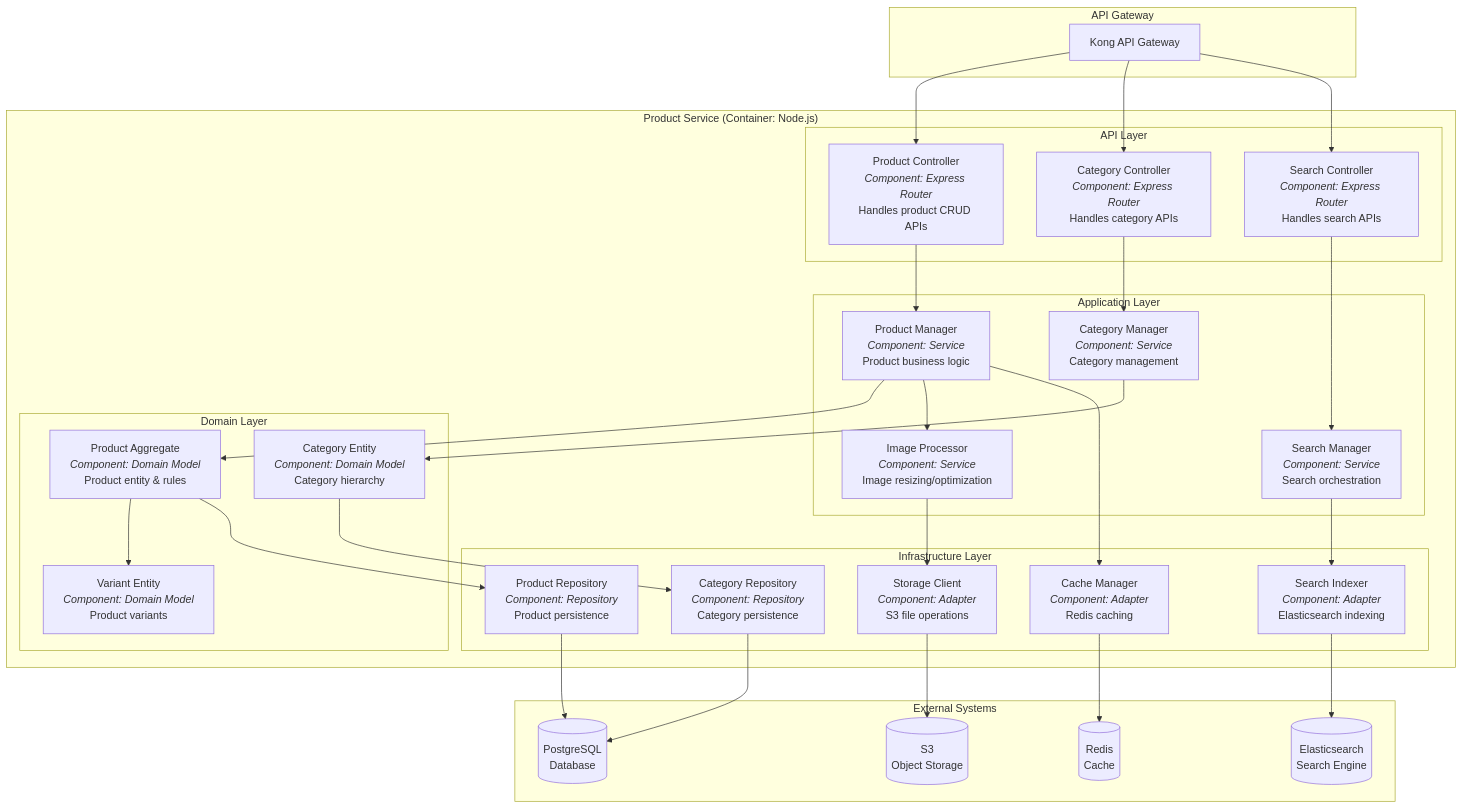
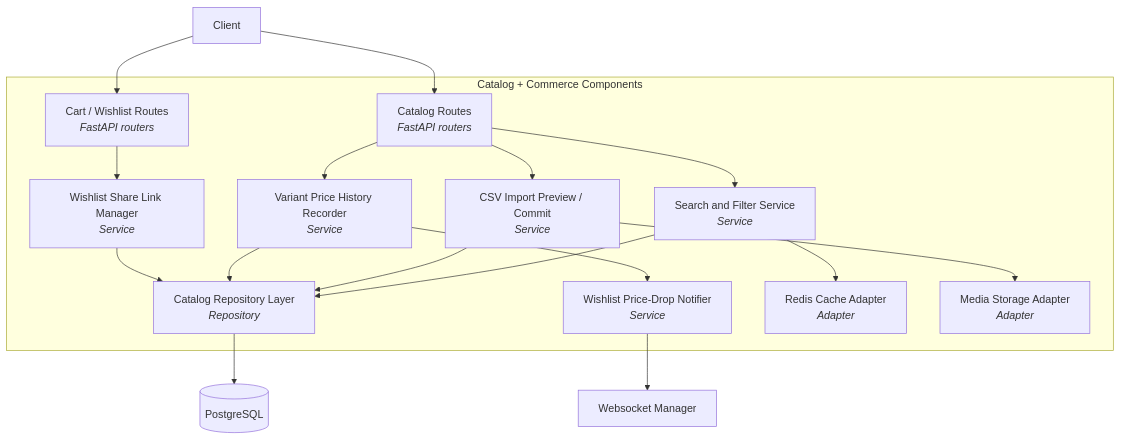
Before and after one commit to 0Ankit0/e-commerce: the first of 3 diagrams in docs/system-design/detailed-design/c4-component-diagram.md, drawn with Mermaid. The commit also changed other lines of this file and 24 other files, not shown here.

````diff
--- a/docs/system-design/detailed-design/c4-component-diagram.md
+++ b/docs/system-design/detailed-design/c4-component-diagram.md
@@ -10,67 +10,36 @@
 ```mermaid
 graph TB
-    subgraph "API Gateway"
-        Gateway[Kong API Gateway]
+    Client[Client]
+
+    subgraph boundary["Catalog + Commerce Components"]
+        CatalogRoutes["Catalog Routes<br><i>FastAPI routers</i>"]
+        CommerceRoutes["Cart / Wishlist Routes<br><i>FastAPI routers</i>"]
+        SearchService["Search and Filter Service<br><i>Service</i>"]
+        ImportService["CSV Import Preview / Commit<br><i>Service</i>"]
+        PriceHistory["Variant Price History Recorder<br><i>Service</i>"]
+        WishlistShare["Wishlist Share Link Manager<br><i>Service</i>"]
+        PriceDropNotifier["Wishlist Price-Drop Notifier<br><i>Service</i>"]
+        CatalogRepo["Catalog Repository Layer<br><i>Repository</i>"]
+        Cache["Redis Cache Adapter<br><i>Adapter</i>"]
+        Storage["Media Storage Adapter<br><i>Adapter</i>"]
     end
 
-    subgraph boundary["Product Service (Container: Node.js)"]
-        subgraph "API Layer"
-            ProductController["Product Controller<br><i>Component: Express Router</i><br>Handles product CRUD APIs"]
-            CategoryController["Category Controller<br><i>Component: Express Router</i><br>Handles category APIs"]
-            SearchController["Search Controller<br><i>Component: Express Router</i><br>Handles search APIs"]
-        end
+    DB[(PostgreSQL)]
+    WS[Websocket Manager]
 
-        subgraph "Application Layer"
-            ProductManager["Product Manager<br><i>Component: Service</i><br>Product business logic"]
-            CategoryManager["Category Manager<br><i>Component: Service</i><br>Category management"]
-            SearchManager["Search Manager<br><i>Component: Service</i><br>Search orchestration"]
-            ImageProcessor["Image Processor<br><i>Component: Service</i><br>Image resizing/optimization"]
-        end
-
-        subgraph "Domain Layer"
-            ProductAggregate["Product Aggregate<br><i>Component: Domain Model</i><br>Product entity & rules"]
-            VariantEntity["Variant Entity<br><i>Component: Domain Model</i><br>Product variants"]
-            CategoryEntity["Category Entity<br><i>Component: Domain Model</i><br>Category hierarchy"]
-        end
-
-        subgraph "Infrastructure Layer"
-            ProductRepository["Product Repository<br><i>Component: Repository</i><br>Product persistence"]
-            CategoryRepository["Category Repository<br><i>Component: Repository</i><br>Category persistence"]
-            SearchIndexer["Search Indexer<br><i>Component: Adapter</i><br>Elasticsearch indexing"]
-            StorageClient["Storage Client<br><i>Component: Adapter</i><br>S3 file operations"]
-            CacheManager["Cache Manager<br><i>Component: Adapter</i><br>Redis caching"]
-        end
-    end
-
-    subgraph "External Systems"
-        PostgreSQL[(PostgreSQL<br>Database)]
-        Elasticsearch[(Elasticsearch<br>Search Engine)]
-        Redis[(Redis<br>Cache)]
-        S3[(S3<br>Object Storage)]
-    end
-
-    Gateway --> ProductController
-    Gateway --> CategoryController
-    Gateway --> SearchController
-
-    ProductController --> ProductManager
-    CategoryController --> CategoryManager
-    SearchController --> SearchManager
-
-    ProductManager --> ProductAggregate
-    ProductManager --> ImageProcessor
-    ProductAggregate --> VariantEntity
-    CategoryManager --> CategoryEntity
-
-    ProductAggregate --> ProductRepository
-    CategoryEntity --> CategoryRepository
-    SearchManager --> SearchIndexer
-    ImageProcessor --> StorageClient
-    ProductManager --> CacheManager
-
-    ProductRepository --> PostgreSQL
-    CategoryRepository --> PostgreSQL
-    SearchIndexer --> Elasticsearch
-    StorageClient --> S3
-    CacheManager --> Redis
+    Client --> CatalogRoutes
+    Client --> CommerceRoutes
+    CatalogRoutes --> SearchService
+    CatalogRoutes --> ImportService
+    CatalogRoutes --> PriceHistory
+    CommerceRoutes --> WishlistShare
+    PriceHistory --> PriceDropNotifier
+    SearchService --> CatalogRepo
+    ImportService --> CatalogRepo
+    PriceHistory --> CatalogRepo
+    WishlistShare --> CatalogRepo
+    PriceDropNotifier --> WS
+    CatalogRepo --> DB
+    SearchService --> Cache
+    ImportService --> Storage
 ```
````
